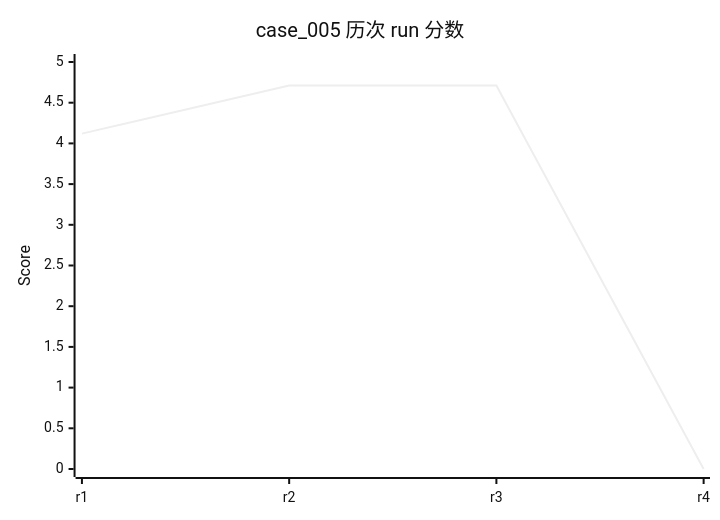
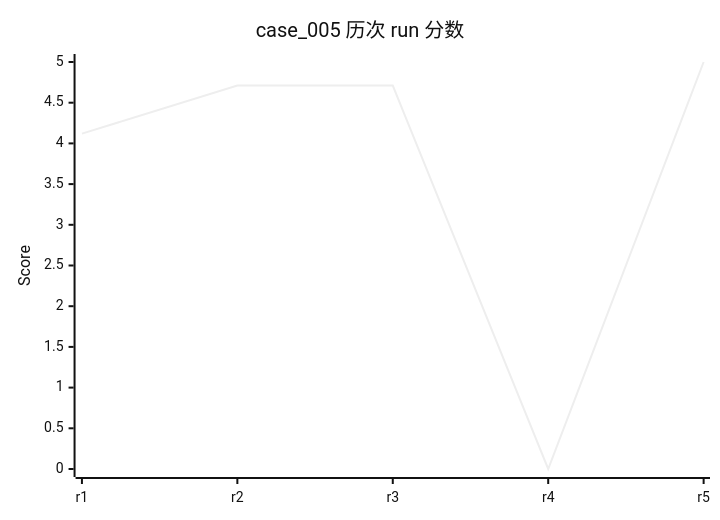
Before and after one commit to rushengzhou/sid-code: diagram 11 of 58 in evals/DASHBOARD.md, drawn with Mermaid (neutral theme). The commit also changed other lines of this file and 53 other files, not shown here.

````diff
--- a/evals/DASHBOARD.md
+++ b/evals/DASHBOARD.md
@@ -298,7 +299,7 @@
 ```mermaid
 xychart-beta
     title "case_005 历次 run 分数"
-    x-axis [r1, r2, r3, r4]
+    x-axis [r1, r2, r3, r4, r5]
     y-axis "Score" 0 --> 5
-    line [4.12, 4.71, 4.71, 0]
+    line [4.12, 4.71, 4.71, 0, 5.00]
 ```
````
